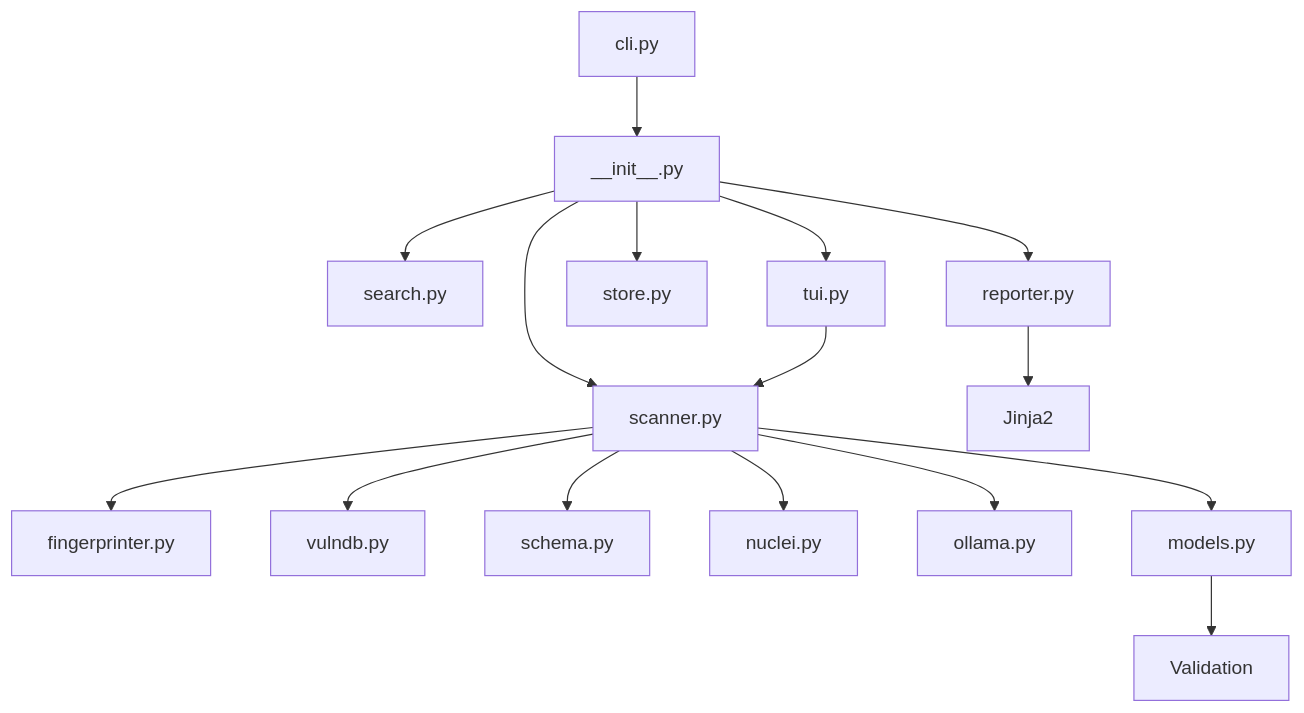
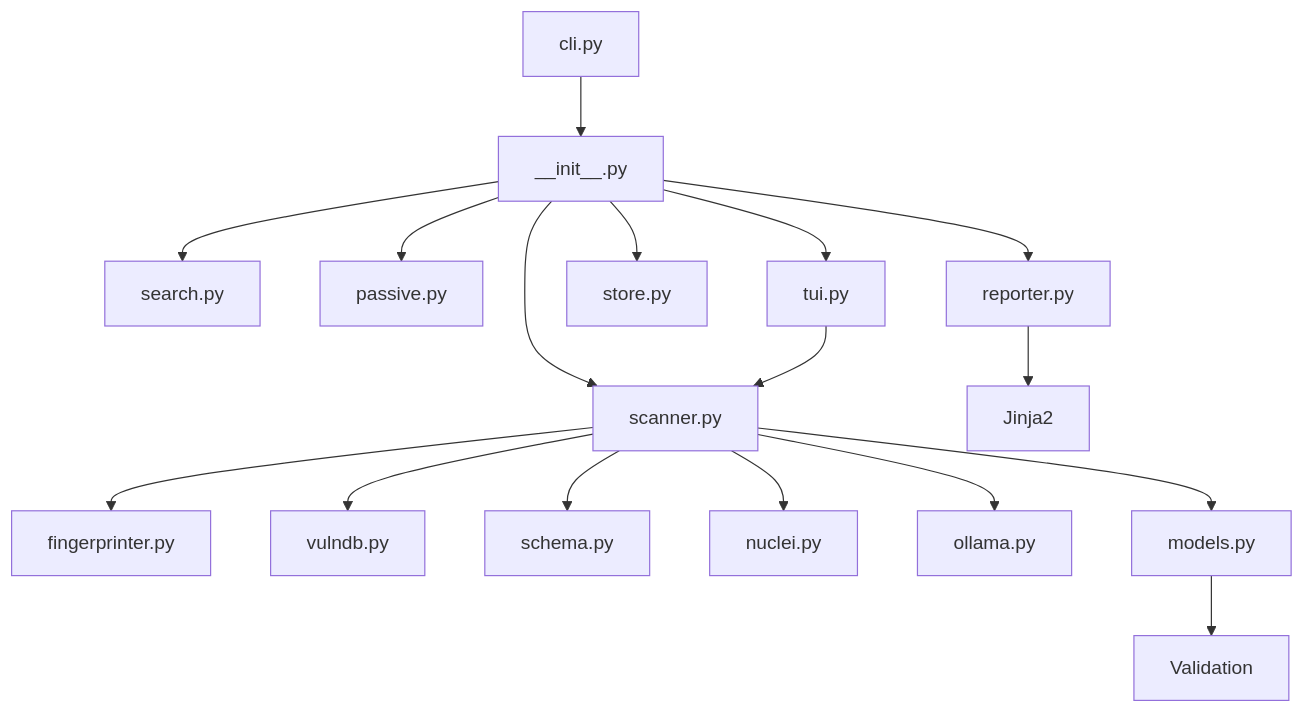
One commit to ajendras/php-fossil changed the diagram in README.md. Above: the diagram before and after it, drawn with Mermaid. The commit also changed other lines of this file and 4 other files, not shown here.

Commit message:
feat(passive): add Shodan and Censys API modules for passive discovery

````diff
--- a/README.md
+++ b/README.md
@@ -326,18 +347,19 @@
 ```mermaid
 flowchart TD
     CLI[cli.py] --> API[__init__.py]
     API --> Scanner[scanner.py]
     Scanner --> Fingerprinter[fingerprinter.py]
     Scanner --> VulnDB[vulndb.py]
     Scanner --> Schema[schema.py]
     Scanner --> Nuclei[nuclei.py]
     Scanner --> Ollama[ollama.py]
     API --> Search[search.py]
+    API --> Passive[passive.py]
     API --> Reporter[reporter.py]
     API --> Store[store.py]
     API --> TUI[tui.py]
     Reporter --> HTML[Jinja2]
     Scanner --> Models[models.py]
     Models --> Pydantic[Validation]
     TUI --> Scanner
 ```
````
